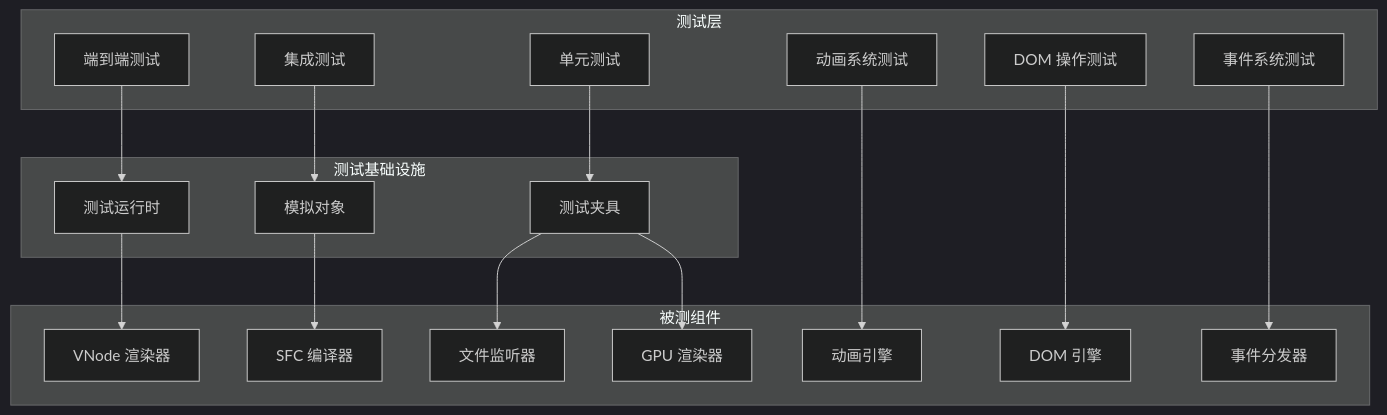
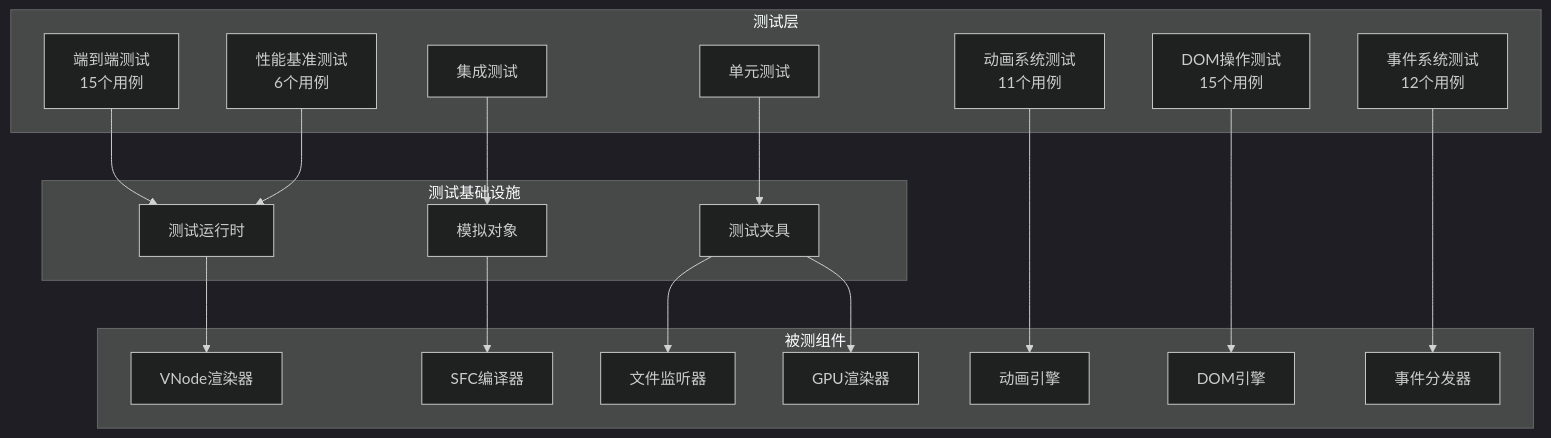
The third of 15 diagrams in .qoder/repowiki/zh/content/核心功能特性/工程化与商业化能力/测试框架与基础设施/测试框架与基础设施.md (itszzl-sudo/iris), drawn with Mermaid (dark theme) before and after one commit. The commit also changed other lines of this file and 4 other files, not shown here.

````diff
--- a/.qoder/repowiki/zh/content/核心功能特性/工程化与商业化能力/测试框架与基础设施/测试框架与基础设施.md
+++ b/.qoder/repowiki/zh/content/核心功能特性/工程化与商业化能力/测试框架与基础设施/测试框架与基础设施.md
@@ -148,35 +145,37 @@
 ```mermaid
 graph TB
 subgraph "测试层"
-E2E[端到端测试]
+E2E[端到端测试<br/>15个用例]
+PERFORMANCE[性能基准测试<br/>6个用例]
 INTEGRATION[集成测试]
 UNIT[单元测试]
-ANIMATION[动画系统测试]
-DOM[DOM 操作测试]
-EVENT[事件系统测试]
+ANIMATION[动画系统测试<br/>11个用例]
+DOM[DOM操作测试<br/>15个用例]
+EVENT[事件系统测试<br/>12个用例]
 end
 subgraph "测试基础设施"
 RUNTIME[测试运行时]
 MOCK[模拟对象]
 FIXTURE[测试夹具]
 end
 subgraph "被测组件"
-RENDERER[VNode 渲染器]
-COMPILER[SFC 编译器]
+RENDERER[VNode渲染器]
+COMPILER[SFC编译器]
 WATCHER[文件监听器]
-GPU[GPU 渲染器]
+GPU[GPU渲染器]
 ANIM_ENGINE[动画引擎]
-DOM_ENGINE[DOM 引擎]
+DOM_ENGINE[DOM引擎]
 EVENT_DISPATCH[事件分发器]
 end
 E2E --> RUNTIME
+PERFORMANCE --> RUNTIME
 INTEGRATION --> MOCK
 UNIT --> FIXTURE
 ANIMATION --> ANIM_ENGINE
 DOM --> DOM_ENGINE
 EVENT --> EVENT_DISPATCH
 RUNTIME --> RENDERER
 MOCK --> COMPILER
 FIXTURE --> WATCHER
 FIXTURE --> GPU
 ```
````
